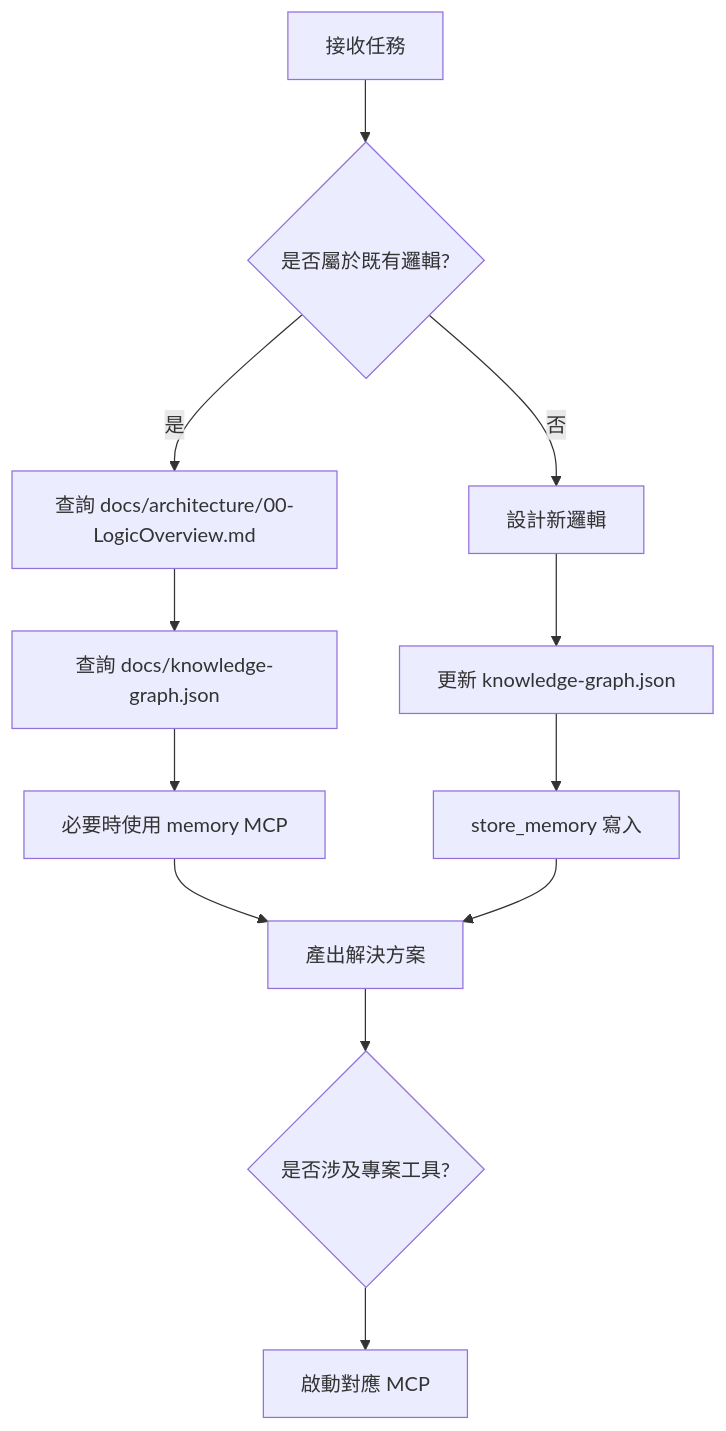
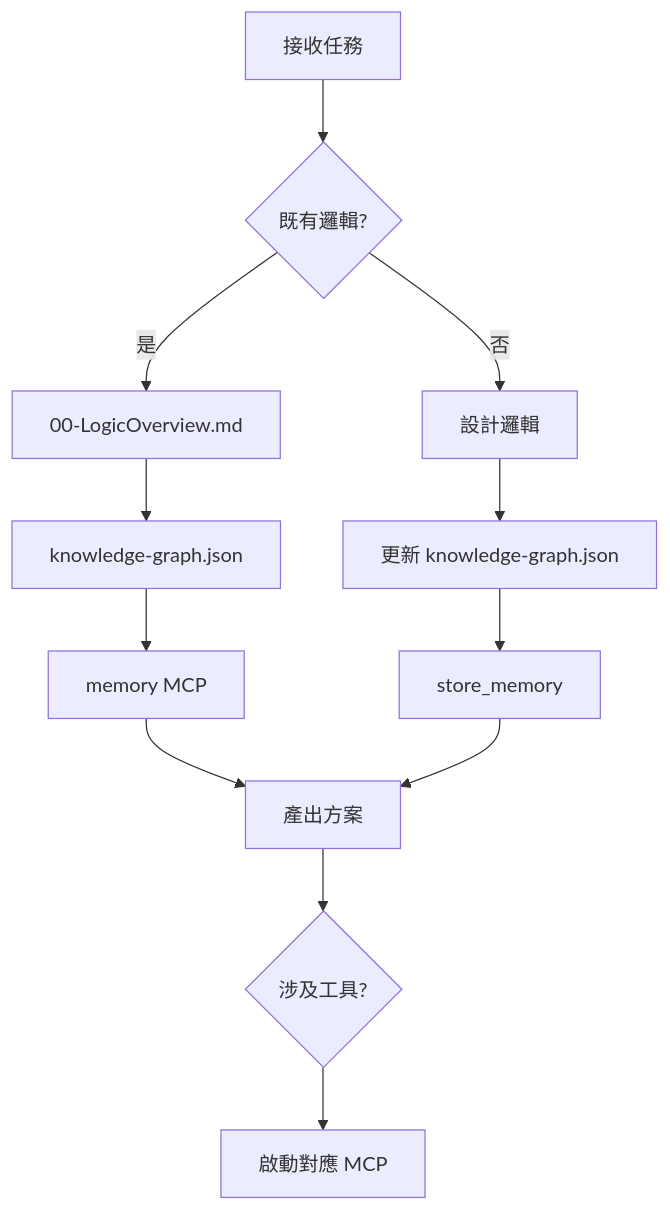
Before and after one commit to 7Spade/Xuanwu: the diagram in .github/copilot-instructions.md, drawn with Mermaid. The commit also changed other lines of this file and 2 other files, not shown here.

````diff
--- a/.github/copilot-instructions.md
+++ b/.github/copilot-instructions.md
@@ -142,18 +77,7 @@
 ```mermaid
 flowchart TD
-
-A[接收任務] --> B{是否屬於既有邏輯?}
-
-B -- 是 --> C[查詢 docs/architecture/00-LogicOverview.md]
-C --> D[查詢 docs/knowledge-graph.json]
-D --> E[必要時使用 memory MCP]
-E --> F[產出解決方案]
-
-B -- 否 --> G[設計新邏輯]
-G --> H[更新 knowledge-graph.json]
-H --> I[store_memory 寫入]
-I --> F
-
-F --> J{是否涉及專案工具?}
-J --> K[啟動對應 MCP]
+A[接收任務] --> B{既有邏輯?}
+B -- 是 --> C[00-LogicOverview.md] --> D[knowledge-graph.json] --> E[memory MCP] --> F[產出方案]
+B -- 否 --> G[設計邏輯] --> H[更新 knowledge-graph.json] --> I[store_memory] --> F
+F --> J{涉及工具?} --> K[啟動對應 MCP]
 ```
````
